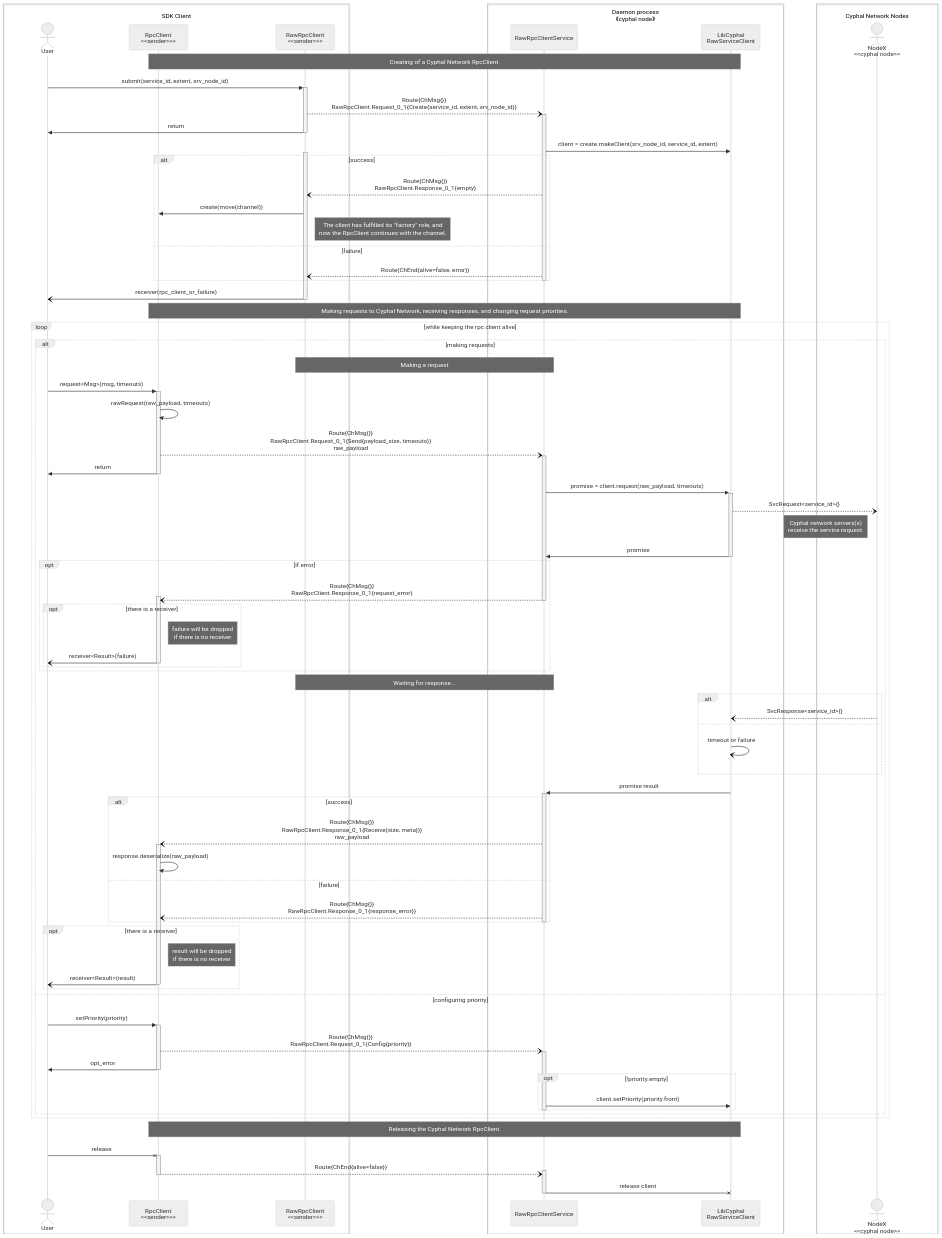
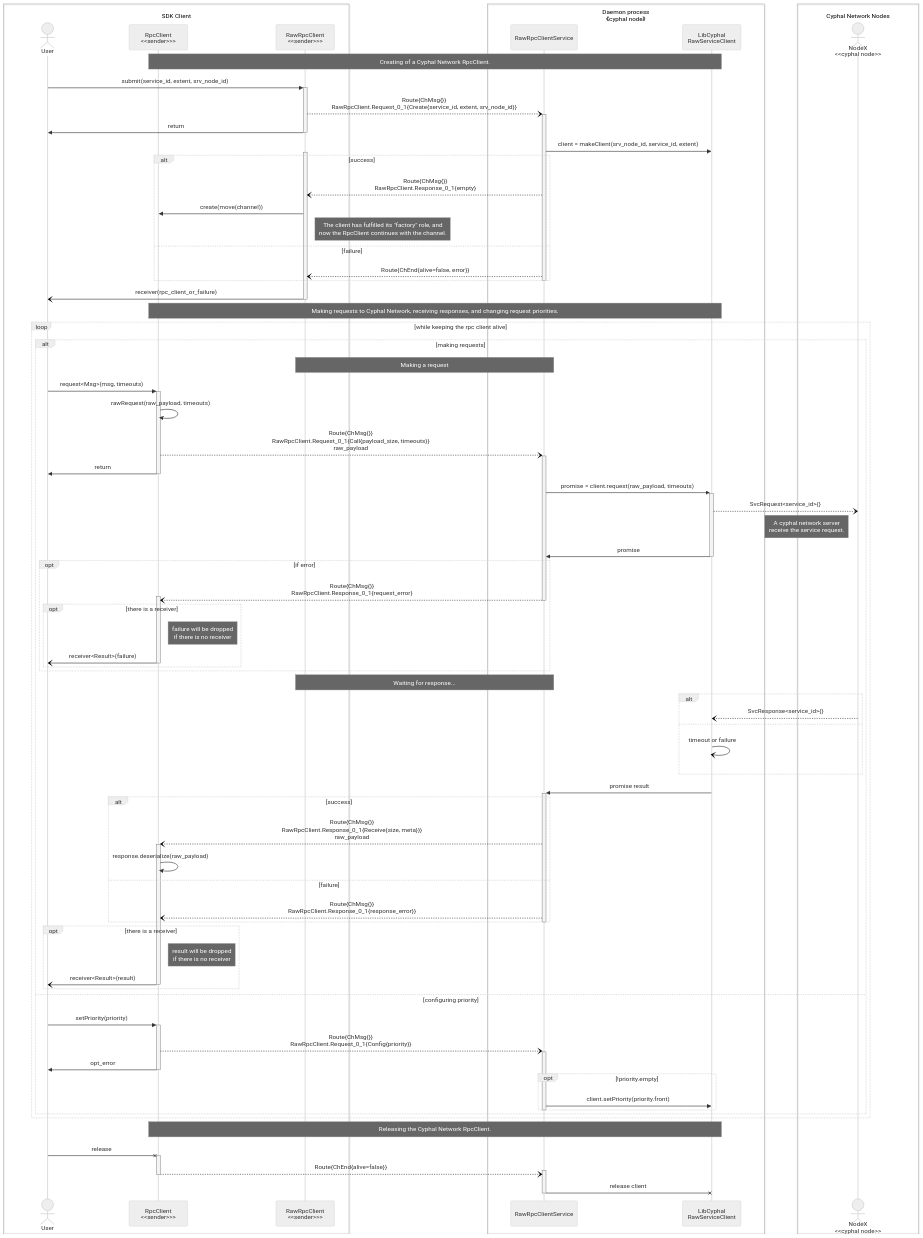
Before and after one commit to OpenCyphal-Garage/ocvsmd: the fifth of 9 diagrams in docs/svc_design.md, drawn with Mermaid (neutral theme). The commit also changed other lines of this file and 11 other files, not shown here.

Commit message:
first draft of RPC client SDK

```diff
--- a/docs/svc_design.md
+++ b/docs/svc_design.md
@@ -426,7 +426,7 @@
     RawRpcClient --)+ RawRpcClientService: Route{ChMsg{}}<br/>RawRpcClient.Request_0_1{Create{service_id, extent, srv_node_id}}
     RawRpcClient ->>- User : return
     
-    RawRpcClientService ->> CyServiceClient: client = create.makeClient(srv_node_id, service_id, extent)
+    RawRpcClientService ->> CyServiceClient: client = makeClient(srv_node_id, service_id, extent)
     activate RawRpcClient
     alt success
         RawRpcClientService --) RawRpcClient: Route{ChMsg{}}<br/>RawRpcClient.Response_0_1{empty}
@@ -447,11 +447,11 @@
             Note over RawRpcClient, RawRpcClientService: Making a request
             User ->>+ RpcClient: request<Msg>(msg, timeouts)
             RpcClient ->> RpcClient: rawRequest(raw_payload, timeouts)
-            RpcClient --)+ RawRpcClientService: Route{ChMsg{}}<br/>RawRpcClient.Request_0_1{Send{payload_size, timeouts}}<br/>raw_payload
+            RpcClient --)+ RawRpcClientService: Route{ChMsg{}}<br/>RawRpcClient.Request_0_1{Call{payload_size, timeouts}}<br/>raw_payload
             RpcClient ->>- User: return
             RawRpcClientService ->>+ CyServiceClient: promise = client.request(raw_payload, timeouts)
             CyServiceClient --) NodeX: SvcRequest<service_id>{}
-            Note left of NodeX: Cyphal network servers(s)<br/>receive the service request.
+            Note left of NodeX: A cyphal network server<br/>receive the service request.
             CyServiceClient ->>- RawRpcClientService: promise
             opt if error
             RawRpcClientService --)+ RpcClient: Route{ChMsg{}}<br/>RawRpcClient.Response_0_1{request_error}
```
